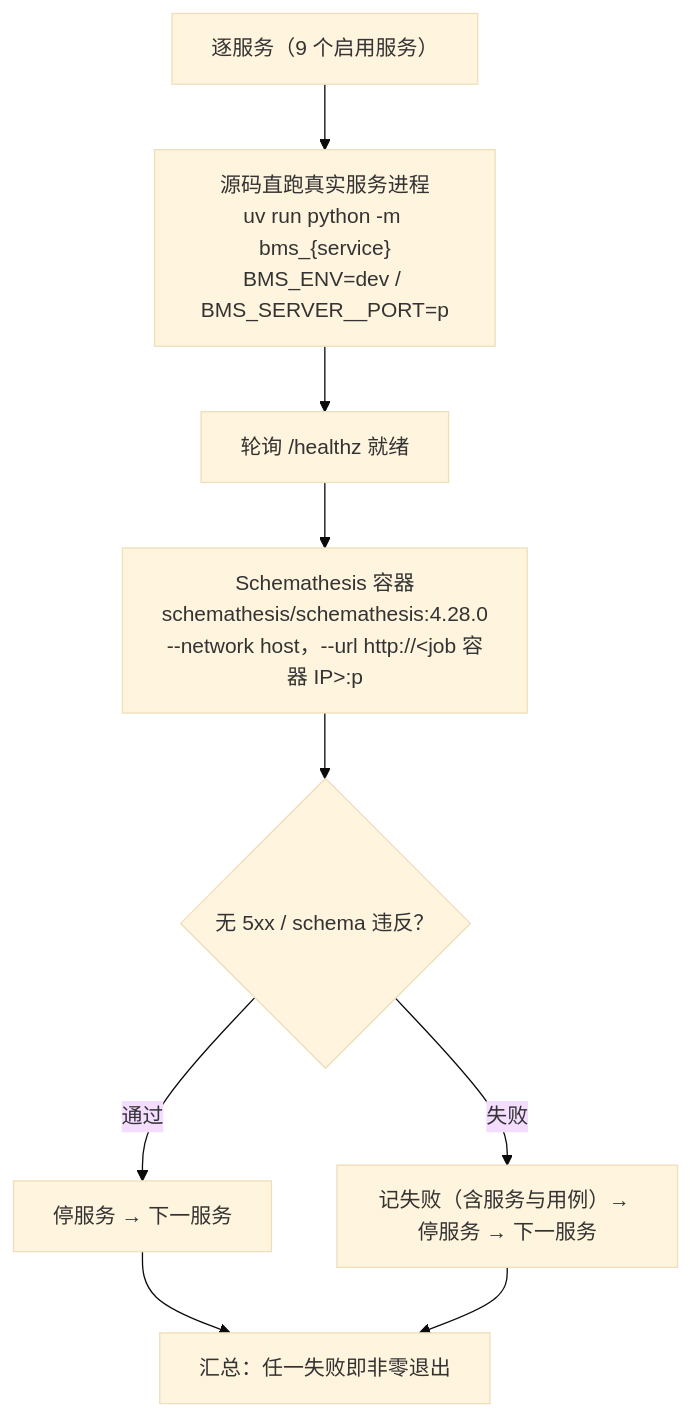
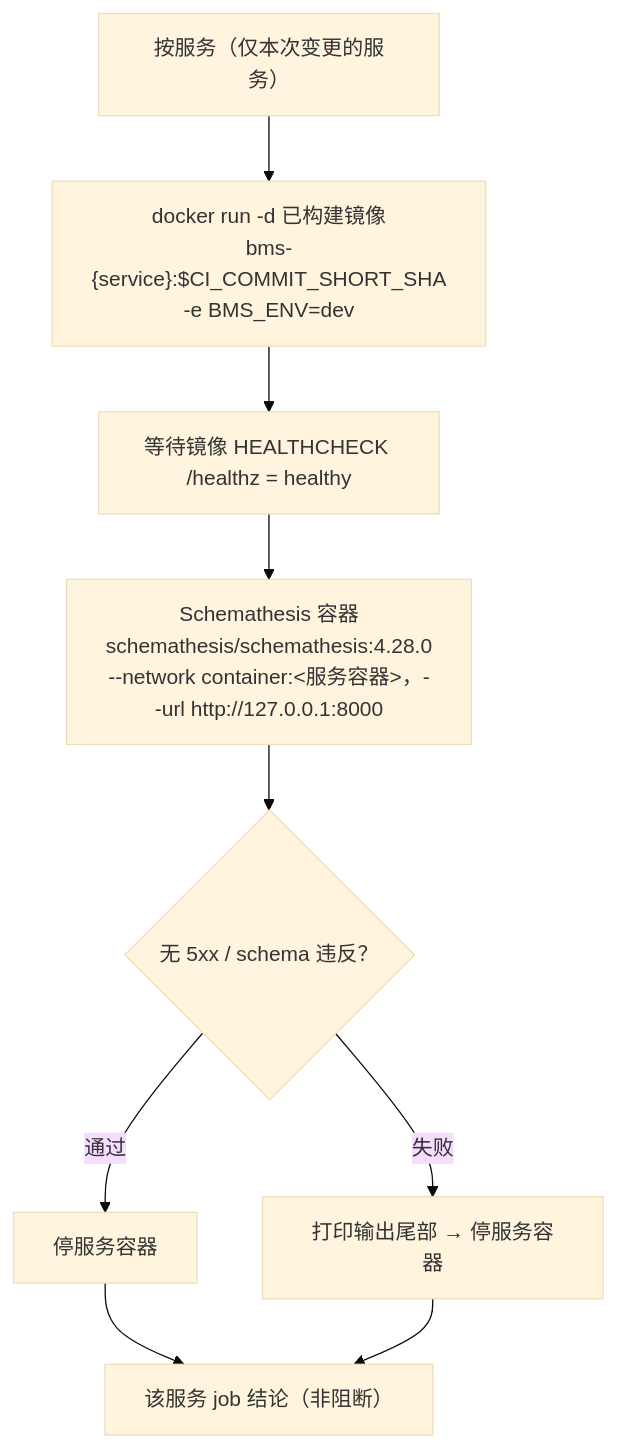
One commit to minjian123/basic-management-system changed the second of 4 diagrams in bms文档/项目/02_后端基座与服务化地基/任务/09_多服务CI-CD与契约门禁/09_多服务CI-CD与契约门禁_03_契约门禁/设计/01_详细设计_03_契约门禁.md. Above: the diagram before and after it, drawn with Mermaid (base theme). The commit also changed other lines of this file and 4 other files, not shown here.

````diff
--- a/bms文档/项目/02_后端基座与服务化地基/任务/09_多服务CI-CD与契约门禁/09_多服务CI-CD与契约门禁_03_契约门禁/设计/01_详细设计_03_契约门禁.md
+++ b/bms文档/项目/02_后端基座与服务化地基/任务/09_多服务CI-CD与契约门禁/09_多服务CI-CD与契约门禁_03_契约门禁/设计/01_详细设计_03_契约门禁.md
@@ -107,11 +107,11 @@
 ```mermaid
 flowchart TD
-    A["逐服务（9 个启用服务）"] --> B["源码直跑真实服务进程<br/>uv run python -m bms_{service}<br/>BMS_ENV=dev / BMS_SERVER__PORT=p"]
-    B --> C["轮询 /healthz 就绪"]
-    C --> D["Schemathesis 容器<br/>schemathesis/schemathesis:4.28.0<br/>--network host，--url http://&lt;job 容器 IP&gt;:p"]
+    A["按服务（仅本次变更的服务）"] --> B["docker run -d 已构建镜像<br/>bms-{service}:$CI_COMMIT_SHORT_SHA<br/>-e BMS_ENV=dev"]
+    B --> C["等待镜像 HEALTHCHECK /healthz = healthy"]
+    C --> D["Schemathesis 容器<br/>schemathesis/schemathesis:4.28.0<br/>--network container:&lt;服务容器&gt;，--url http://127.0.0.1:8000"]
     D --> E{"无 5xx / schema 违反？"}
-    E -->|通过| F["停服务 → 下一服务"]
-    E -->|失败| G["记失败（含服务与用例）→ 停服务 → 下一服务"]
-    F --> H["汇总：任一失败即非零退出"]
+    E -->|通过| F["停服务容器"]
+    E -->|失败| G["打印输出尾部 → 停服务容器"]
+    F --> H["该服务 job 结论（非阻断）"]
     G --> H
 ```
````
